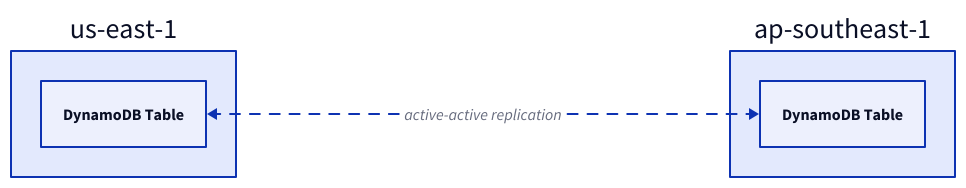
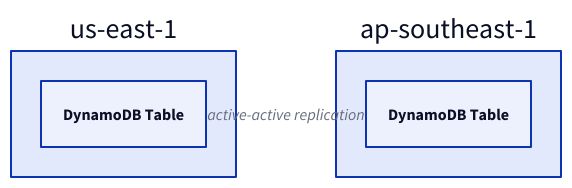
Before and after one commit to link1905/system-design-101: diagram 11 of 16 in content/practices/booking-system/_index.md, drawn with D2. The commit also changed other lines of this file and 42 other files, not shown here.

````diff
--- a/content/practices/booking-system/_index.md
+++ b/content/practices/booking-system/_index.md
@@ -347,16 +349,17 @@
 ```d2
-direction: right
+grid-rows: 1
+horizontal-gap: 100
 u: us-east-1 {
   t: DynamoDB Table {
     class: aws-dynamodb
   }
 }
 a: ap-southeast-1 {
   t: DynamoDB Table {
     class: aws-dynamodb
   }
 }
 u.t <-> a.t: active-active replication {
   style.animated: true
 }
 ```
````
